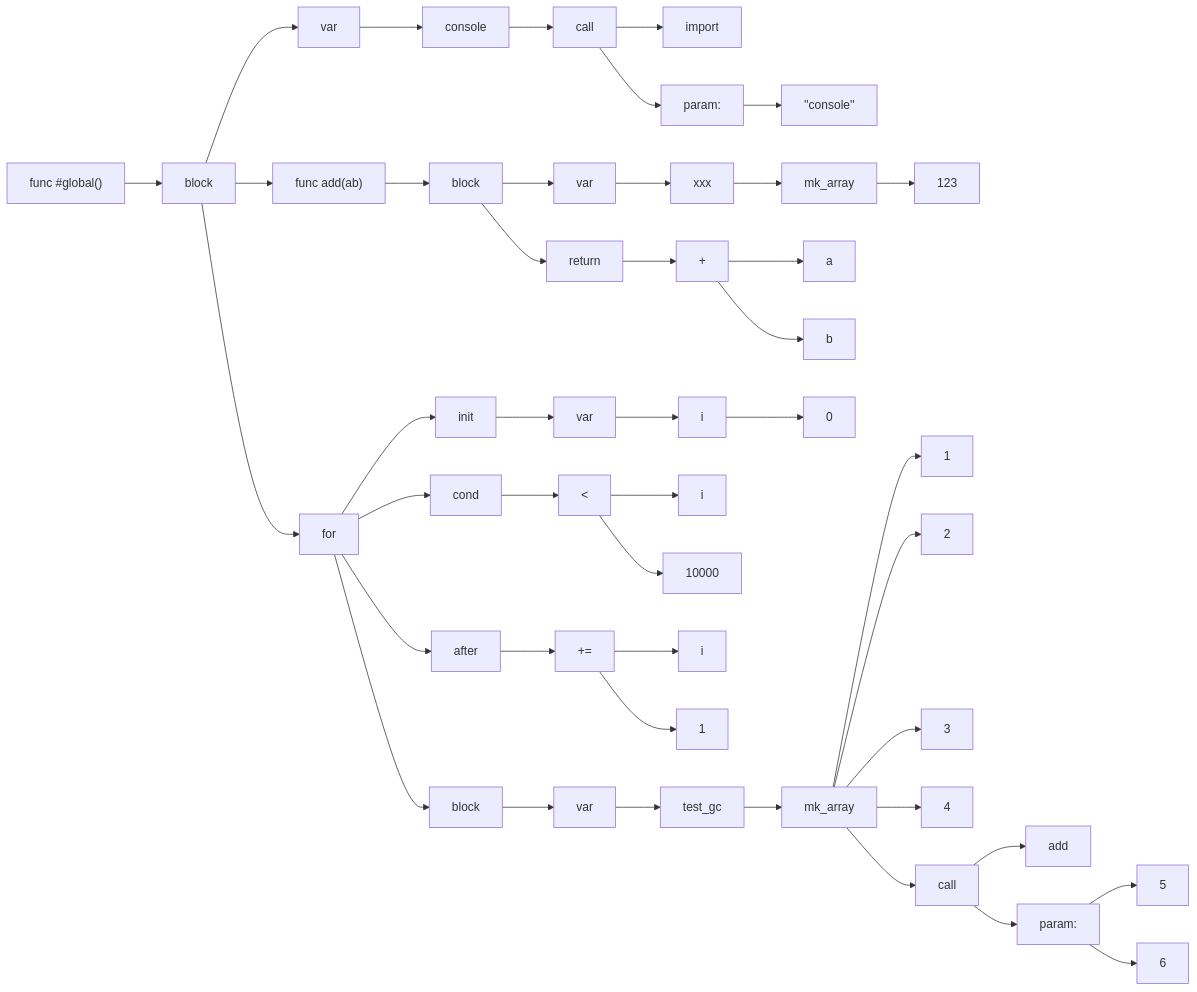
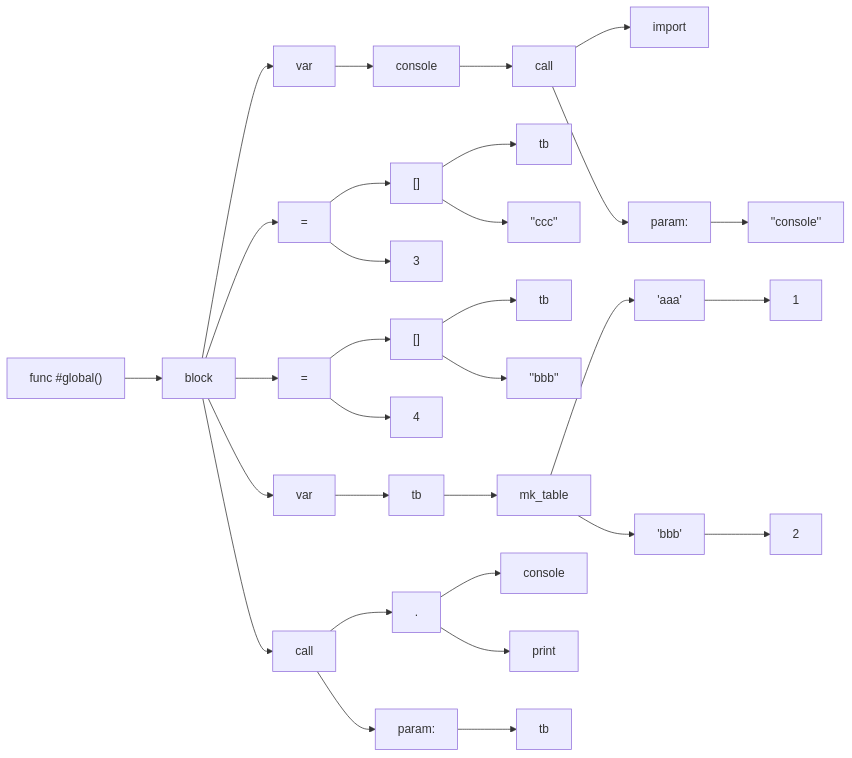
The diagram in graph.md (rick-200/Rapid), drawn with Mermaid before and after one commit. The commit also changed 15 other files, not shown here.

````diff
--- a/graph.md
+++ b/graph.md
@@ -14,77 +14,51 @@
 7-->8
 4-->5
 2-->3
-9["func add(ab)"]
-A["block"]
-B["var"]
-C["xxx"]
+9["var"]
+A["tb"]
+9-->A
+B["mk_table"]
+C["'aaa'"]
 B-->C
-D["mk_array"]
-E["123"]
-D-->E
+D["1"]
 C-->D
+E["'bbb'"]
+B-->E
+F["2"]
+E-->F
 A-->B
-F["return"]
-10["+"]
-11["a"]
-12["b"]
+2-->9
+10["="]
+11["[]"]
+12["tb"]
+13["''ccc''"]
+11-->12
+11-->13
+14["3"]
 10-->11
-10-->12
-F-->10
-A-->F
-9-->A
-2-->9
-13["for"]
-14["init"]
-13-->14
-15["var"]
-16["i"]
+10-->14
+2-->10
+15["="]
+16["[]"]
+17["tb"]
+18["''bbb''"]
+16-->17
+16-->18
+19["4"]
 15-->16
-17["0"]
-16-->17
-14-->15
-18["cond"]
-13-->18
-19["<"]
-1A["i"]
-1B["10000"]
-19-->1A
-19-->1B
-18-->19
-1C["after"]
-13-->1C
-1D["+="]
-1E["i"]
-1F["1"]
-1D-->1E
-1D-->1F
-1C-->1D
-20["block"]
-21["var"]
-22["test_gc"]
-21-->22
-23["mk_array"]
-24["1"]
-23-->24
-25["2"]
-23-->25
-26["3"]
-23-->26
-27["4"]
-23-->27
-28["call"]
-29["add"]
-28-->29
-2A["param:"]
-28-->2A
-2B["5"]
-2A-->2B
-2C["6"]
-2A-->2C
-23-->28
-22-->23
-20-->21
-13-->20
-2-->13
+15-->19
+2-->15
+1A["call"]
+1B["."]
+1C["console"]
+1D["print"]
+1B-->1C
+1B-->1D
+1A-->1B
+1E["param:"]
+1A-->1E
+1F["tb"]
+1E-->1F
+2-->1A
 1-->2
 ```
````
